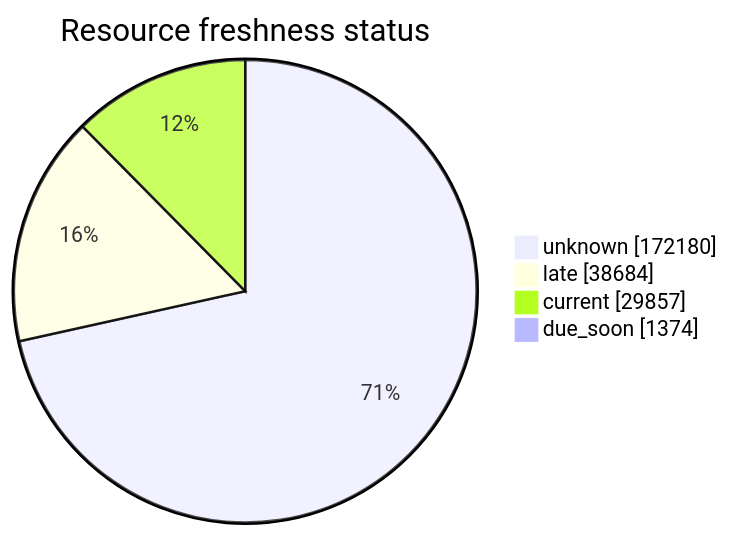
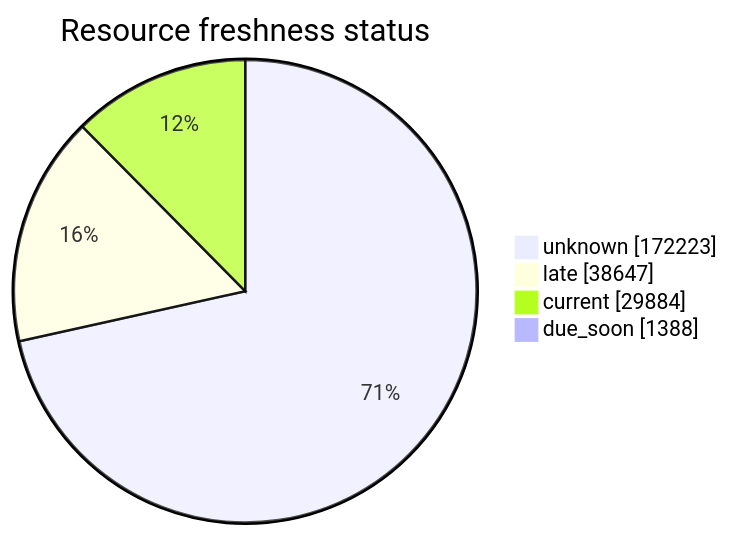
One commit to open-data/analytics-corporate-reporting changed the third of 5 diagrams in FreshCheck/README.md. Above: the diagram before and after it, drawn with Mermaid. The commit also changed other lines of this file and 3 other files, not shown here.

````diff
--- a/FreshCheck/README.md
+++ b/FreshCheck/README.md
@@ -77,7 +77,7 @@
 ```mermaid
 pie showData title Resource freshness status
-    "unknown": 172180
-    "late": 38684
-    "current": 29857
-    "due_soon": 1374
+    "unknown": 172223
+    "late": 38647
+    "current": 29884
+    "due_soon": 1388
 ```
````
